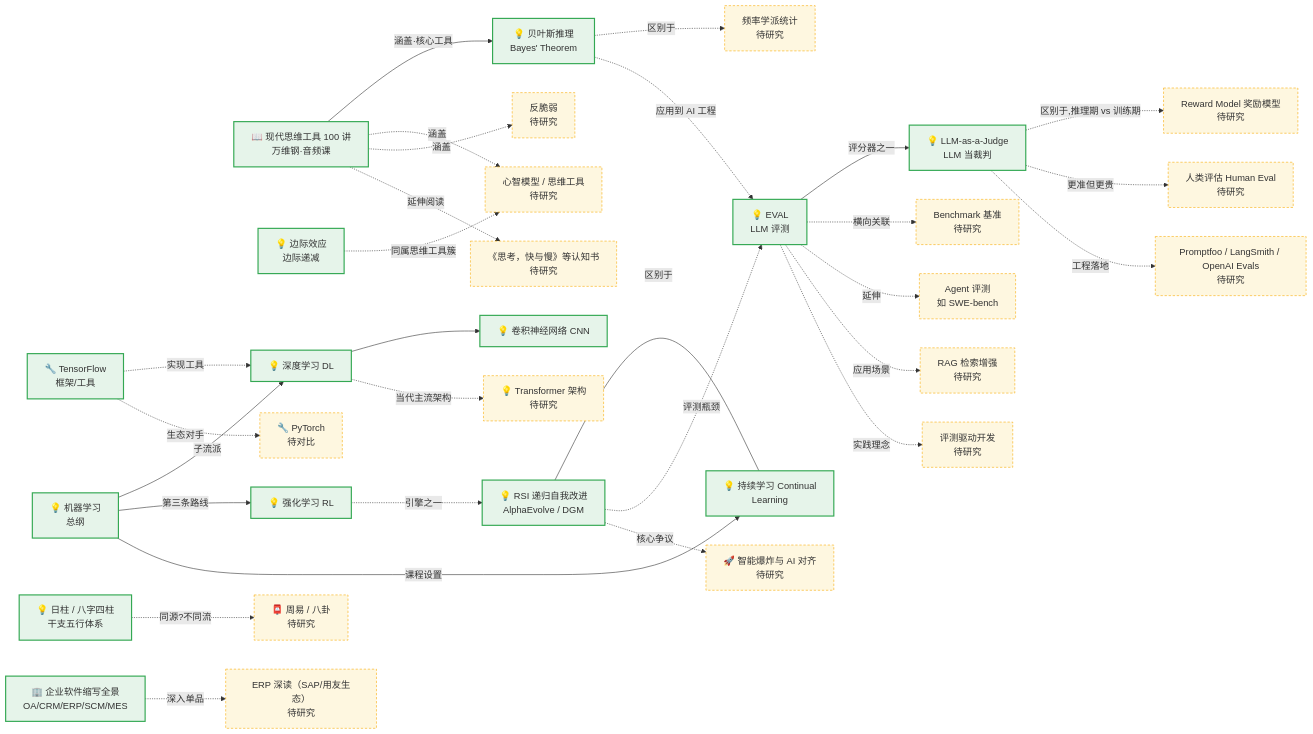
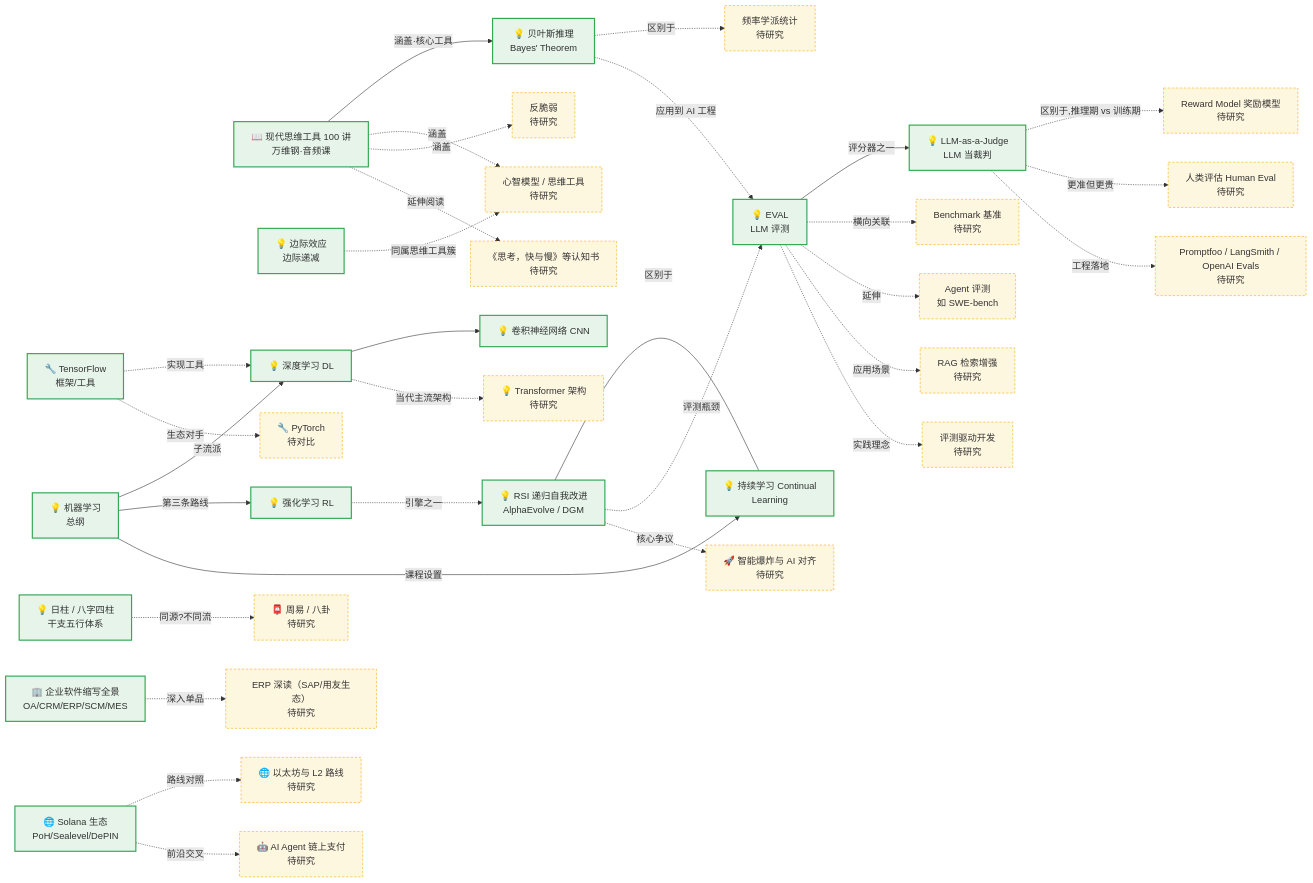
Before and after one commit to 1739467001-svg/info-search: the diagram in relations.md, drawn with Mermaid. The commit also changed other lines of this file and 2 other files, not shown here.

Commit message:
docs: 新增《Solana生态》专题(深度版,PoH/Sealevel机制+交易演算+过山车史,10+来源)

````diff
--- a/relations.md
+++ b/relations.md
@@ -7,66 +7,73 @@
 ```mermaid
 graph LR
     EVAL["💡 EVAL<br/>LLM 评测"]:::done
     J["💡 LLM-as-a-Judge<br/>LLM 当裁判"]:::done
     BOOK["📖 现代思维工具 100 讲<br/>万维钢·音频课"]:::done
     BAY["💡 贝叶斯推理<br/>Bayes' Theorem"]:::done
 
     EVAL -->|评分器之一| J
     BAY -.->|区别于| FREQ["频率学派统计<br/>待研究"]
     J -.->|区别于,推理期 vs 训练期| RM["Reward Model 奖励模型<br/>待研究"]
     J -.->|更准但更贵| HMAN["人类评估 Human Eval<br/>待研究"]
     EVAL -.->|横向关联| BENCH["Benchmark 基准<br/>待研究"]
     EVAL -.->|延伸| AGENT["Agent 评测<br/>如 SWE-bench"]
     EVAL -.->|应用场景| RAG["RAG 检索增强<br/>待研究"]
     EVAL -.->|实践理念| EDD["评测驱动开发<br/>待研究"]
     J -.->|工程落地| TOOL["Promptfoo / LangSmith / OpenAI Evals<br/>待研究"]
 
     BOOK -->|涵盖·核心工具| BAY
     BOOK -.->|涵盖| FWK["心智模型 / 思维工具<br/>待研究"]
     BOOK -.->|涵盖| ANTF["反脆弱<br/>待研究"]
     BOOK -.->|延伸阅读| TBOOK["《思考，快与慢》等认知书<br/>待研究"]
     BIAN["💡 边际效应<br/>边际递减"]:::done
     BIAN -.->|同属思维工具簇| FWK
 
     ML["💡 机器学习<br/>总纲"]:::done
     DL["💡 深度学习 DL"]:::done
     CNN["💡 卷积神经网络 CNN"]:::done
     TF["🔧 TensorFlow<br/>框架/工具"]:::done
     RL["💡 强化学习 RL"]:::done
     CL["💡 持续学习 Continual<br/>Learning"]:::done
     TR["💡 Transformer 架构<br/>待研究"]:::td
     PT["🔧 PyTorch<br/>待对比"]:::td
 
     ML -->|子流派| DL
     ML -->|第三条路线| RL
     ML -->|课程设置| CL
     DL --> CNN
     DL -.->|当代主流架构| TR
     TF -.->|实现工具| DL
     TF -.->|生态对手| PT
 
     RIZ["💡 日柱 / 八字四柱<br/>干支五行体系"]:::done
     BAG["📮 周易 / 八卦<br/>待研究"]:::td
     RIZ -.->|同源?不同流| BAG
 
     RSI["💡 RSI 递归自我改进<br/>AlphaEvolve / DGM"]:::done
     IE["🚀 智能爆炸与 AI 对齐<br/>待研究"]:::td
     RL -.->|引擎之一| RSI
     RSI ---|区别于| CL
     RSI -.->|评测瓶颈| EVAL
     RSI -.->|核心争议| IE
 
     ENT["🏢 企业软件缩写全景<br/>OA/CRM/ERP/SCM/MES"]:::done
     ERPD["ERP 深读（SAP/用友生态）<br/>待研究"]:::td
     ENT -.->|深入单品| ERPD
+
+    SOL["🌐 Solana 生态<br/>PoH/Sealevel/DePIN"]:::done
+    ETHC["🌐 以太坊与 L2 路线<br/>待研究"]:::td
+    AIAGENT["🤖 AI Agent 链上支付<br/>待研究"]:::td
+    SOL -.->|路线对照| ETHC
+    SOL -.->|前沿交叉| AIAGENT
     BAY -.->|应用到 AI 工程| EVAL
 
     classDef done fill:#e6f4ea,stroke:#34a853,stroke-width:2px;
     classDef td fill:#fef7e0,stroke:#f9ab00,stroke-width:1px,stroke-dasharray: 4 3;
 class EVAL,J,BOOK,BAY,BIAN done;
 class ML,DL,CNN,TF,RL,CL done;
 class RIZ done;
 class RSI done;
 class ENT done;
-class TR,PT,BAG,IE,ERPD,FREQ,RM,HMAN,BENCH,AGENT,RAG,EDD,TOOL,FWK,ANTF,TBOOK td;
+class SOL done;
+class TR,PT,BAG,IE,ERPD,ETHC,AIAGENT,FREQ,RM,HMAN,BENCH,AGENT,RAG,EDD,TOOL,FWK,ANTF,TBOOK td;
 ```
````
